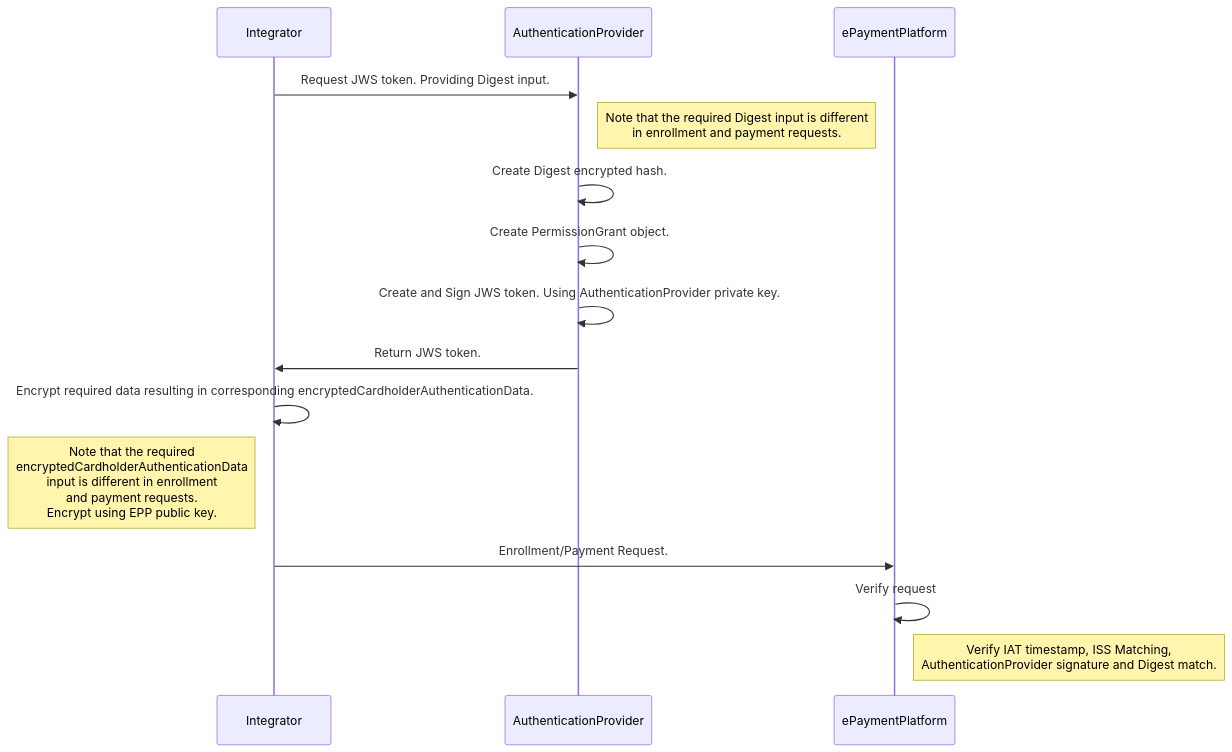
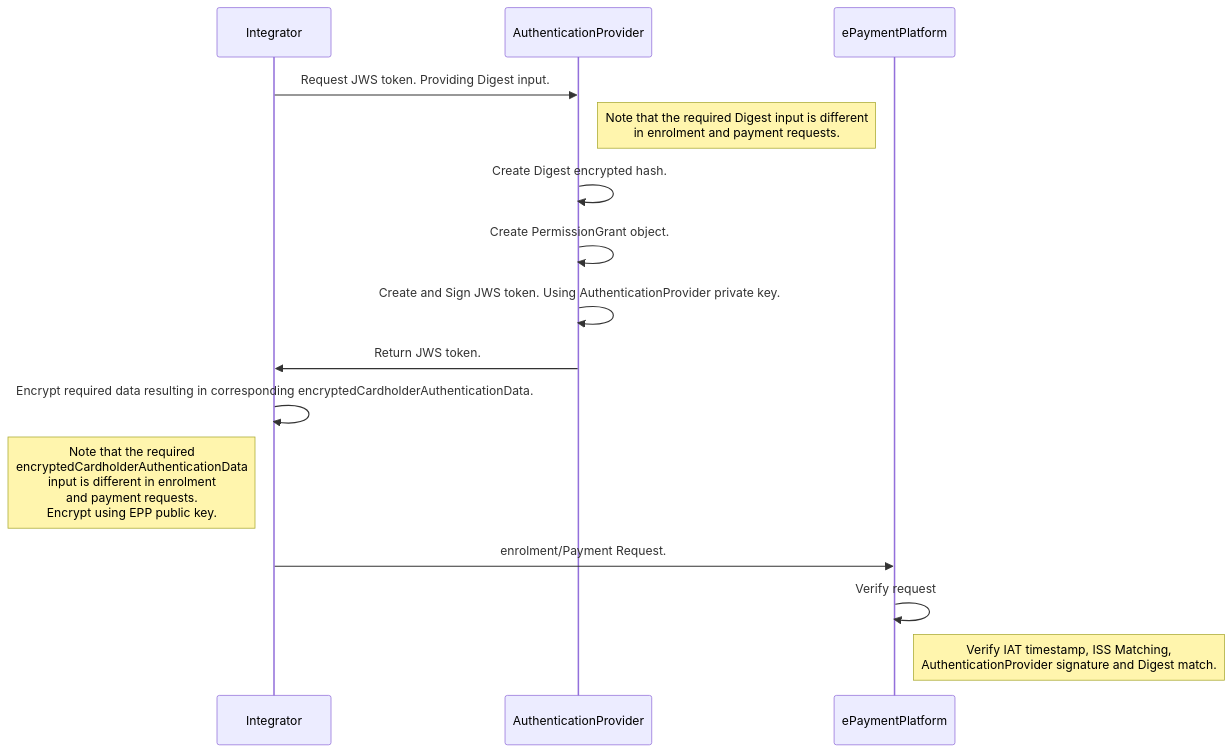
One commit to BankAxept/bankaxept-epayment-development-kit changed the third of 4 diagrams in docs/authentication_interoperability.md. Above: the diagram before and after it, drawn with Mermaid. The commit also changed other lines of this file and 3 other files, not shown here.

````diff
--- a/docs/authentication_interoperability.md
+++ b/docs/authentication_interoperability.md
@@ -92,20 +90,19 @@
 ```mermaid
 sequenceDiagram
     participant Integrator
     participant AuthenticationProvider
     participant ePaymentPlatform
     
     Integrator ->> AuthenticationProvider: Request JWS token. Providing Digest input.
-    note right of AuthenticationProvider: Note that the required Digest input is different <br/>in enrollment and payment requests.
+    note right of AuthenticationProvider: Note that the required Digest input is different <br/>in enrolment and payment requests.
     AuthenticationProvider ->> AuthenticationProvider: Create Digest encrypted hash.
     AuthenticationProvider ->> AuthenticationProvider: Create PermissionGrant object.
     AuthenticationProvider ->> AuthenticationProvider: Create and Sign JWS token. Using AuthenticationProvider private key.
     AuthenticationProvider ->> Integrator: Return JWS token.
     Integrator ->> Integrator : Encrypt required data resulting in corresponding encryptedCardholderAuthenticationData.
-    note left of Integrator: Note that the required <br/>encryptedCardholderAuthenticationData <br/> input is different in enrollment<br/> and payment requests. <br/> Encrypt using EPP public key.
+    note left of Integrator: Note that the required <br/>encryptedCardholderAuthenticationData <br/> input is different in enrolment<br/> and payment requests. <br/> Encrypt using EPP public key.
 
-    Integrator ->> ePaymentPlatform: Enrollment/Payment Request.
+    Integrator ->> ePaymentPlatform: enrolment/Payment Request.
     ePaymentPlatform ->> ePaymentPlatform: Verify request
     note right of ePaymentPlatform: Verify IAT timestamp, ISS Matching, <br/> AuthenticationProvider signature and Digest match.
-
 ```
````
